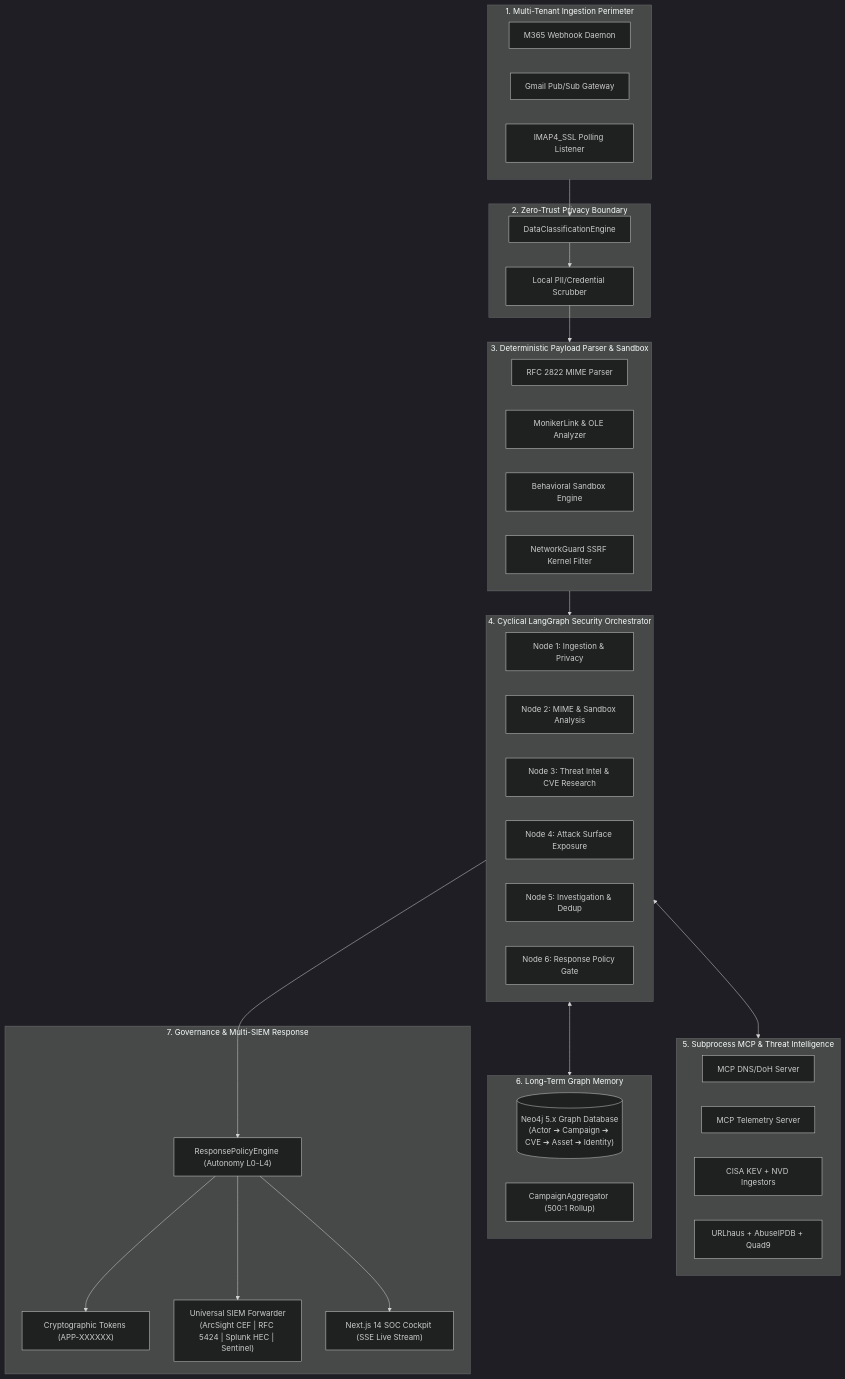
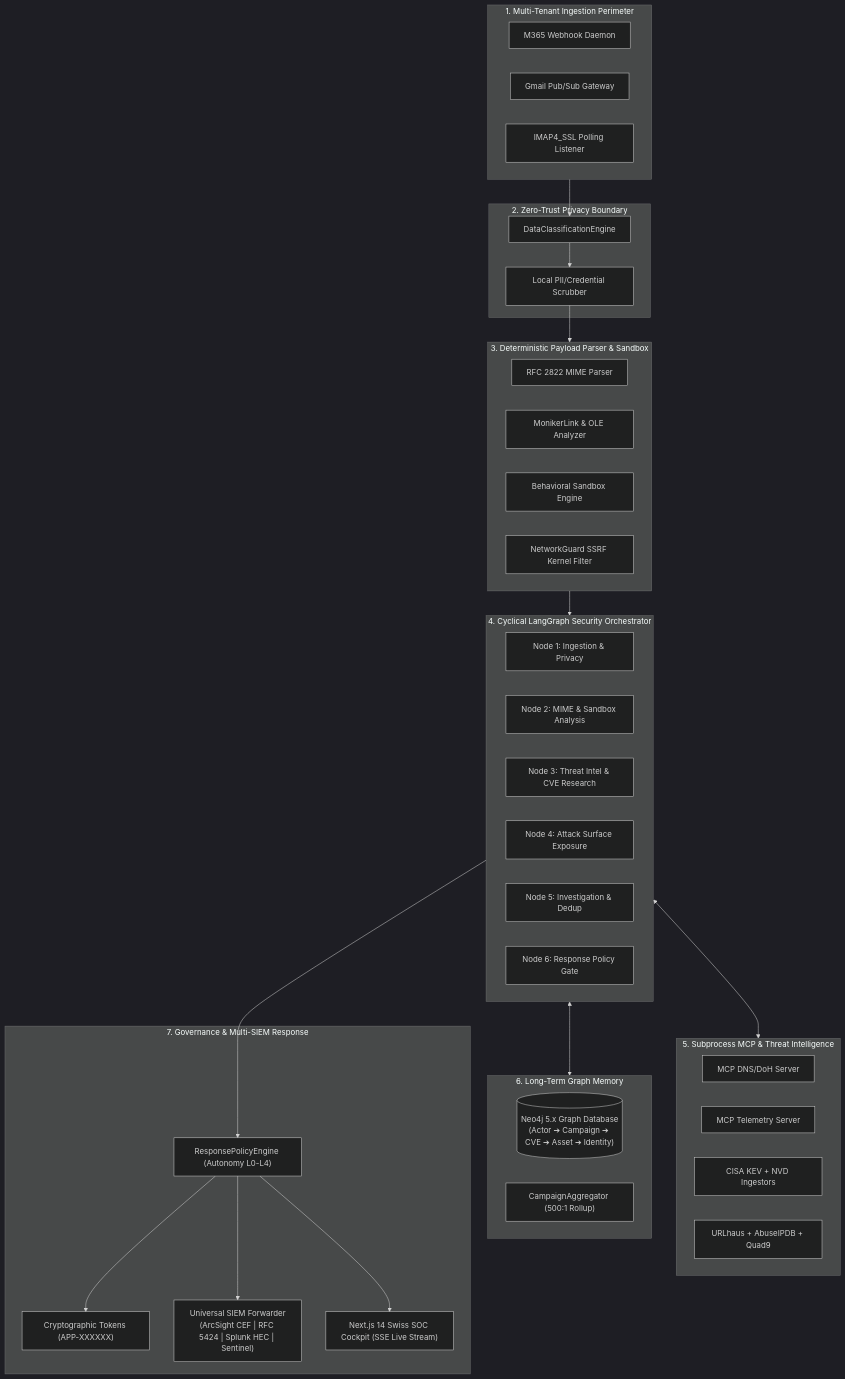
The diagram in README.md (seniru-ekanayake/agentic-email-defense), drawn with Mermaid (dark theme) before and after one commit. The commit also changed other lines of this file, not shown here.

````diff
--- a/README.md
+++ b/README.md
@@ -68,59 +141,59 @@
 ```mermaid
 flowchart TD
     subgraph Ingestion["1. Multi-Tenant Ingestion Perimeter"]
         M365["M365 Webhook Daemon"]
         Gmail["Gmail Pub/Sub Gateway"]
         IMAP["IMAP4_SSL Polling Listener"]
     end
 
     subgraph Privacy["2. Zero-Trust Privacy Boundary"]
         Classifier["DataClassificationEngine"]
         Scrubber["Local PII/Credential Scrubber"]
     end
 
     subgraph Deterministic["3. Deterministic Payload Parser & Sandbox"]
         MIME["RFC 2822 MIME Parser"]
         Moniker["MonikerLink & OLE Analyzer"]
         Sandbox["Behavioral Sandbox Engine"]
         NetGuard["NetworkGuard SSRF Kernel Filter"]
     end
 
     subgraph LangGraphEngine["4. Cyclical LangGraph Security Orchestrator"]
         N1["Node 1: Ingestion & Privacy"]
         N2["Node 2: MIME & Sandbox Analysis"]
         N3["Node 3: Threat Intel & CVE Research"]
         N4["Node 4: Attack Surface Exposure"]
         N5["Node 5: Investigation & Dedup"]
         N6["Node 6: Response Policy Gate"]
     end
 
     subgraph Intelligence["5. Subprocess MCP & Threat Intelligence"]
         MCP_DNS["MCP DNS/DoH Server"]
         MCP_Tel["MCP Telemetry Server"]
         CISA["CISA KEV + NVD Ingestors"]
         Feeds["URLhaus + AbuseIPDB + Quad9"]
     end
 
     subgraph GraphMemory["6. Long-Term Graph Memory"]
         Neo4j[("Neo4j 5.x Graph Database\n(Actor ➔ Campaign ➔ CVE ➔ Asset ➔ Identity)")]
         Dedup["CampaignAggregator (500:1 Rollup)"]
     end
 
     subgraph Governance["7. Governance & Multi-SIEM Response"]
         PolicyEngine["ResponsePolicyEngine (Autonomy L0-L4)"]
         Tokens["Cryptographic Tokens (APP-XXXXXX)"]
         Forwarder["Universal SIEM Forwarder\n(ArcSight CEF | RFC 5424 | Splunk HEC | Sentinel)"]
-        Cockpit["Next.js 14 SOC Cockpit (SSE Live Stream)"]
+        Cockpit["Next.js 14 Swiss SOC Cockpit (SSE Live Stream)"]
     end
 
     Ingestion --> Classifier
     Classifier --> Scrubber
     Scrubber --> Deterministic
     Deterministic --> LangGraphEngine
     LangGraphEngine <--> Intelligence
     LangGraphEngine <--> GraphMemory
     LangGraphEngine --> PolicyEngine
     PolicyEngine --> Tokens
     PolicyEngine --> Forwarder
     PolicyEngine --> Cockpit
 ```
````
